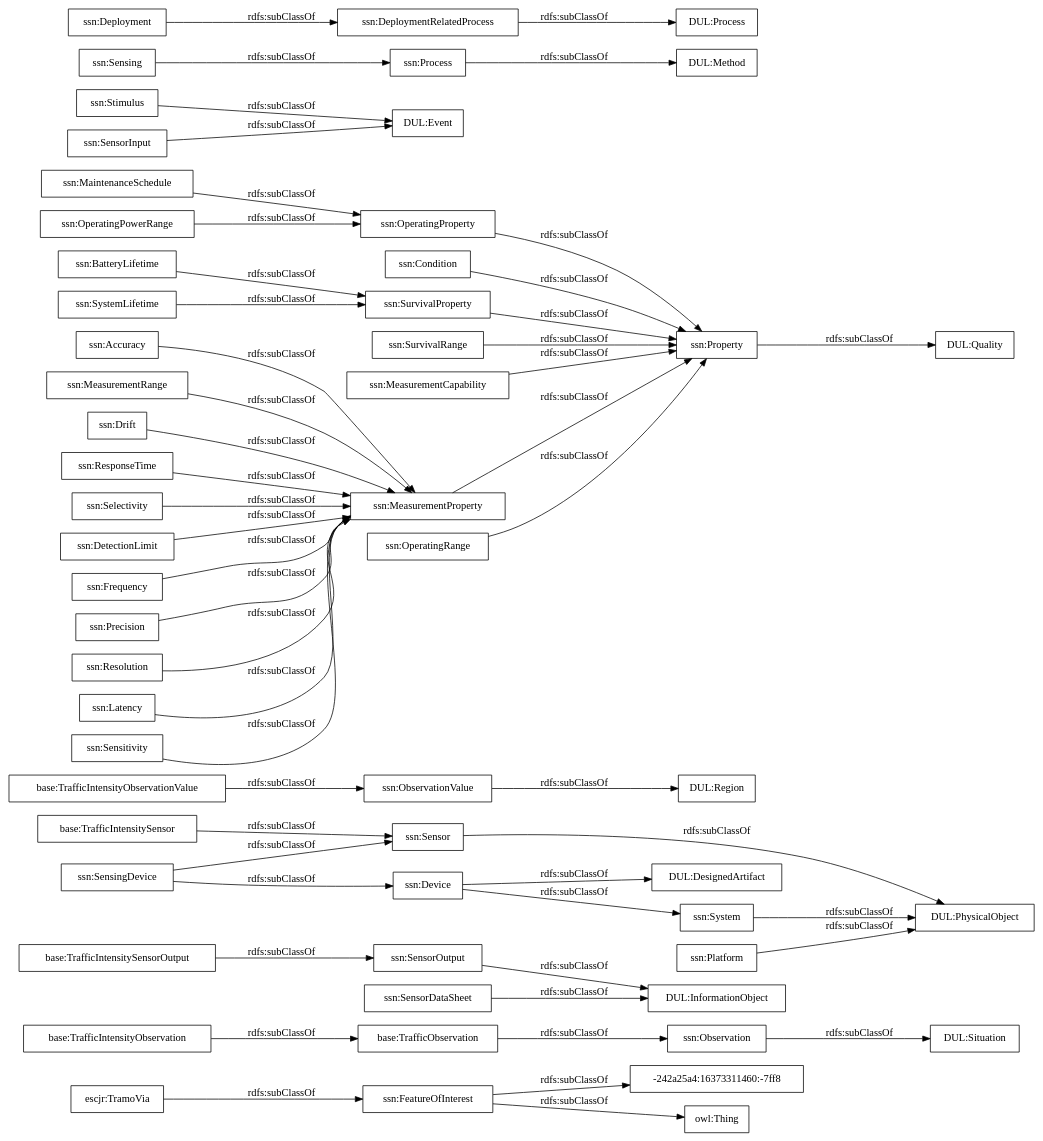
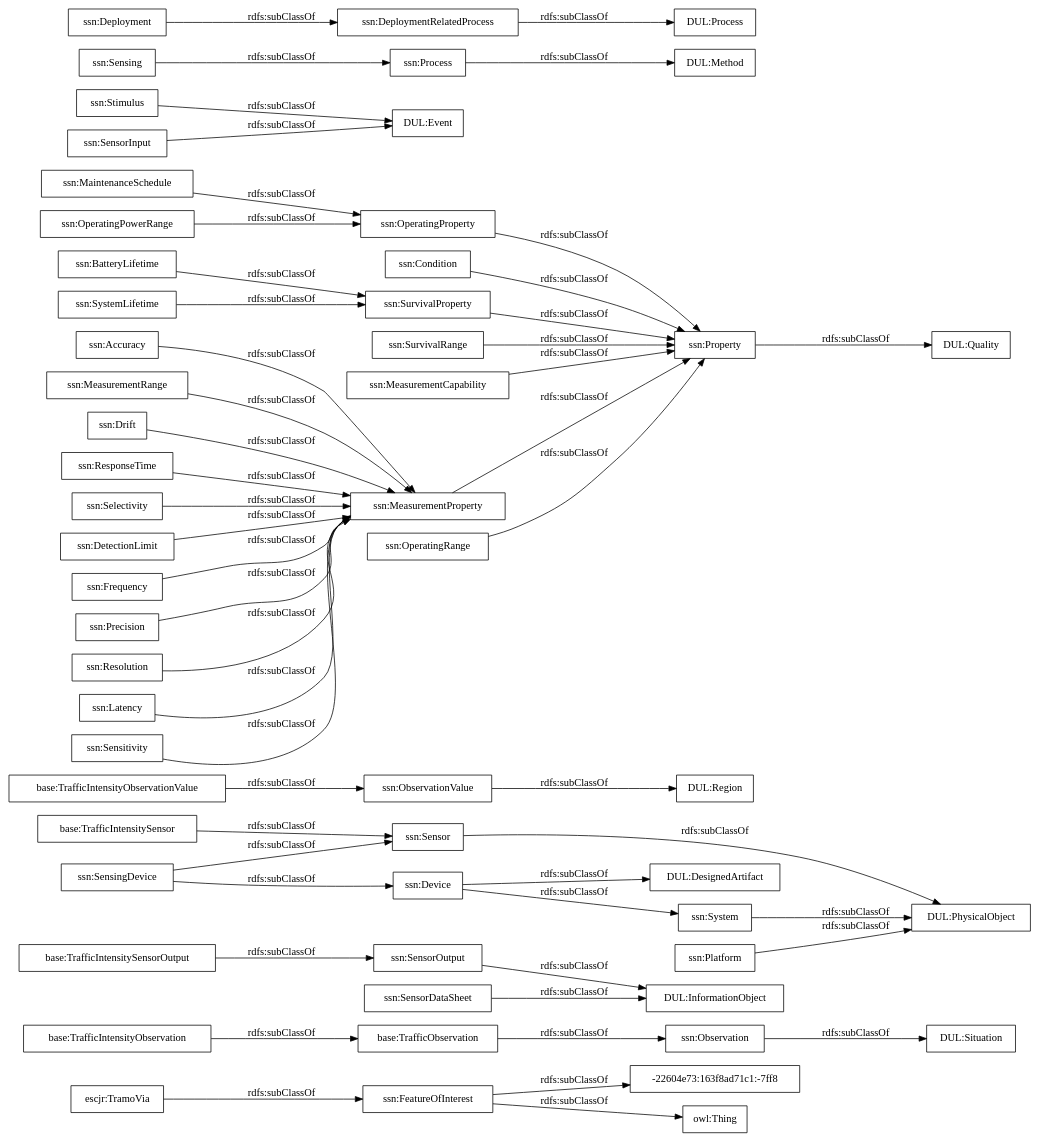
The diagram in OnToology/trafico.owl/diagrams/ar2dtool-taxonomy/trafico.owl.png.dot (ma-garcia/transporte-trafico-tiempo-real), drawn with Graphviz before and after one commit. The commit also changed 9 other files, not shown here.

```diff
--- a/OnToology/trafico.owl/diagrams/ar2dtool-taxonomy/trafico.owl.png.dot
+++ b/OnToology/trafico.owl/diagrams/ar2dtool-taxonomy/trafico.owl.png.dot
@@ -1,54 +1,54 @@
 digraph ar2dtool_diagram { 
 rankdir=LR;
 size="1000"
-node [shape = rectangle, color="black"]; "escjr:TramoVia" "base:TrafficObservation" "base:TrafficIntensitySensorOutput" "base:TrafficIntensitySensor" "base:TrafficIntensityObservationValue" "base:TrafficIntensityObservation" "-242a25a4:16373311460:-7ff8" "ssn:Accuracy" "ssn:DetectionLimit" "ssn:Frequency" "ssn:Condition" "DUL:Region" "DUL:Situation" "DUL:PhysicalObject" "ssn:SensorOutput" "ssn:Precision" "ssn:Resolution" "DUL:Quality" "ssn:FeatureOfInterest" "ssn:Sensor" "DUL:InformationObject" "ssn:OperatingProperty" "DUL:Event" "ssn:OperatingPowerRange" "DUL:Method" "ssn:MaintenanceSchedule" "ssn:Sensing" "ssn:Latency" "ssn:SurvivalRange" "ssn:SensingDevice" "DUL:DesignedArtifact" "ssn:Sensitivity" "ssn:Stimulus" "DUL:Process" "ssn:MeasurementRange" "ssn:System" "ssn:SystemLifetime" "ssn:Property" "ssn:MeasurementProperty" "ssn:Process" "ssn:Deployment" "ssn:MeasurementCapability" "ssn:BatteryLifetime" "ssn:Drift" "ssn:DeploymentRelatedProcess" "ssn:SensorInput" "ssn:ResponseTime" "ssn:ObservationValue" "ssn:SensorDataSheet" "ssn:Observation" "ssn:Selectivity" "ssn:SurvivalProperty" "ssn:Device" "ssn:OperatingRange" "ssn:Platform" ; /*classes style*/
+node [shape = rectangle, color="black"]; "escjr:TramoVia" "base:TrafficObservation" "base:TrafficIntensitySensorOutput" "base:TrafficIntensitySensor" "base:TrafficIntensityObservationValue" "base:TrafficIntensityObservation" "ssn:Accuracy" "ssn:DetectionLimit" "ssn:Frequency" "ssn:Condition" "DUL:Region" "DUL:Situation" "DUL:PhysicalObject" "ssn:SensorOutput" "ssn:Precision" "ssn:Resolution" "DUL:Quality" "ssn:FeatureOfInterest" "ssn:Sensor" "DUL:InformationObject" "ssn:OperatingProperty" "DUL:Event" "ssn:OperatingPowerRange" "DUL:Method" "ssn:MaintenanceSchedule" "ssn:Sensing" "ssn:Latency" "-22604e73:163f8ad71c1:-7ff8" "ssn:SurvivalRange" "ssn:SensingDevice" "DUL:DesignedArtifact" "ssn:Sensitivity" "ssn:Stimulus" "DUL:Process" "ssn:MeasurementRange" "ssn:System" "ssn:SystemLifetime" "ssn:Property" "ssn:MeasurementProperty" "ssn:Process" "ssn:Deployment" "ssn:MeasurementCapability" "ssn:BatteryLifetime" "ssn:Drift" "ssn:DeploymentRelatedProcess" "ssn:SensorInput" "ssn:ResponseTime" "ssn:ObservationValue" "ssn:SensorDataSheet" "ssn:Observation" "ssn:Selectivity" "ssn:SurvivalProperty" "ssn:Device" "ssn:OperatingRange" "ssn:Platform" ; /*classes style*/
 	"ssn:Deployment" -> "ssn:DeploymentRelatedProcess" [ label = "rdfs:subClassOf" ];
 	"ssn:SensingDevice" -> "ssn:Sensor" [ label = "rdfs:subClassOf" ];
 	"ssn:SensingDevice" -> "ssn:Device" [ label = "rdfs:subClassOf" ];
 	"ssn:DeploymentRelatedProcess" -> "DUL:Process" [ label = "rdfs:subClassOf" ];
 	"ssn:Accuracy" -> "ssn:MeasurementProperty" [ label = "rdfs:subClassOf" ];
 	"ssn:FeatureOfInterest" -> "owl:Thing" [ label = "rdfs:subClassOf" ];
-	"ssn:FeatureOfInterest" -> "-242a25a4:16373311460:-7ff8" [ label = "rdfs:subClassOf" ];
+	"ssn:FeatureOfInterest" -> "-22604e73:163f8ad71c1:-7ff8" [ label = "rdfs:subClassOf" ];
 	"ssn:Latency" -> "ssn:MeasurementProperty" [ label = "rdfs:subClassOf" ];
 	"base:TrafficIntensityObservation" -> "base:TrafficObservation" [ label = "rdfs:subClassOf" ];
 	"ssn:Process" -> "DUL:Method" [ label = "rdfs:subClassOf" ];
 	"ssn:Property" -> "DUL:Quality" [ label = "rdfs:subClassOf" ];
 	"ssn:MeasurementProperty" -> "ssn:Property" [ label = "rdfs:subClassOf" ];
 	"ssn:ResponseTime" -> "ssn:MeasurementProperty" [ label = "rdfs:subClassOf" ];
 	"ssn:OperatingRange" -> "ssn:Property" [ label = "rdfs:subClassOf" ];
 	"ssn:MeasurementRange" -> "ssn:MeasurementProperty" [ label = "rdfs:subClassOf" ];
 	"ssn:Stimulus" -> "DUL:Event" [ label = "rdfs:subClassOf" ];
 	"ssn:SurvivalProperty" -> "ssn:Property" [ label = "rdfs:subClassOf" ];
 	"base:TrafficIntensitySensorOutput" -> "ssn:SensorOutput" [ label = "rdfs:subClassOf" ];
 	"ssn:MaintenanceSchedule" -> "ssn:OperatingProperty" [ label = "rdfs:subClassOf" ];
 	"base:TrafficIntensitySensor" -> "ssn:Sensor" [ label = "rdfs:subClassOf" ];
 	"ssn:SensorInput" -> "DUL:Event" [ label = "rdfs:subClassOf" ];
 	"ssn:Sensitivity" -> "ssn:MeasurementProperty" [ label = "rdfs:subClassOf" ];
 	"ssn:Drift" -> "ssn:MeasurementProperty" [ label = "rdfs:subClassOf" ];
 	"ssn:System" -> "DUL:PhysicalObject" [ label = "rdfs:subClassOf" ];
 	"ssn:Resolution" -> "ssn:MeasurementProperty" [ label = "rdfs:subClassOf" ];
 	"ssn:Precision" -> "ssn:MeasurementProperty" [ label = "rdfs:subClassOf" ];
 	"escjr:TramoVia" -> "ssn:FeatureOfInterest" [ label = "rdfs:subClassOf" ];
 	"ssn:DetectionLimit" -> "ssn:MeasurementProperty" [ label = "rdfs:subClassOf" ];
 	"ssn:Sensor" -> "DUL:PhysicalObject" [ label = "rdfs:subClassOf" ];
 	"ssn:SensorDataSheet" -> "DUL:InformationObject" [ label = "rdfs:subClassOf" ];
 	"ssn:OperatingPowerRange" -> "ssn:OperatingProperty" [ label = "rdfs:subClassOf" ];
 	"ssn:ObservationValue" -> "DUL:Region" [ label = "rdfs:subClassOf" ];
 	"base:TrafficObservation" -> "ssn:Observation" [ label = "rdfs:subClassOf" ];
 	"ssn:Device" -> "DUL:DesignedArtifact" [ label = "rdfs:subClassOf" ];
 	"ssn:Device" -> "ssn:System" [ label = "rdfs:subClassOf" ];
 	"ssn:Platform" -> "DUL:PhysicalObject" [ label = "rdfs:subClassOf" ];
 	"ssn:OperatingProperty" -> "ssn:Property" [ label = "rdfs:subClassOf" ];
 	"ssn:Selectivity" -> "ssn:MeasurementProperty" [ label = "rdfs:subClassOf" ];
 	"ssn:BatteryLifetime" -> "ssn:SurvivalProperty" [ label = "rdfs:subClassOf" ];
 	"ssn:Observation" -> "DUL:Situation" [ label = "rdfs:subClassOf" ];
 	"ssn:Sensing" -> "ssn:Process" [ label = "rdfs:subClassOf" ];
 	"base:TrafficIntensityObservationValue" -> "ssn:ObservationValue" [ label = "rdfs:subClassOf" ];
 	"ssn:SystemLifetime" -> "ssn:SurvivalProperty" [ label = "rdfs:subClassOf" ];
 	"ssn:SurvivalRange" -> "ssn:Property" [ label = "rdfs:subClassOf" ];
 	"ssn:SensorOutput" -> "DUL:InformationObject" [ label = "rdfs:subClassOf" ];
 	"ssn:Frequency" -> "ssn:MeasurementProperty" [ label = "rdfs:subClassOf" ];
 	"ssn:Condition" -> "ssn:Property" [ label = "rdfs:subClassOf" ];
 	"ssn:MeasurementCapability" -> "ssn:Property" [ label = "rdfs:subClassOf" ];
 
 }
```
